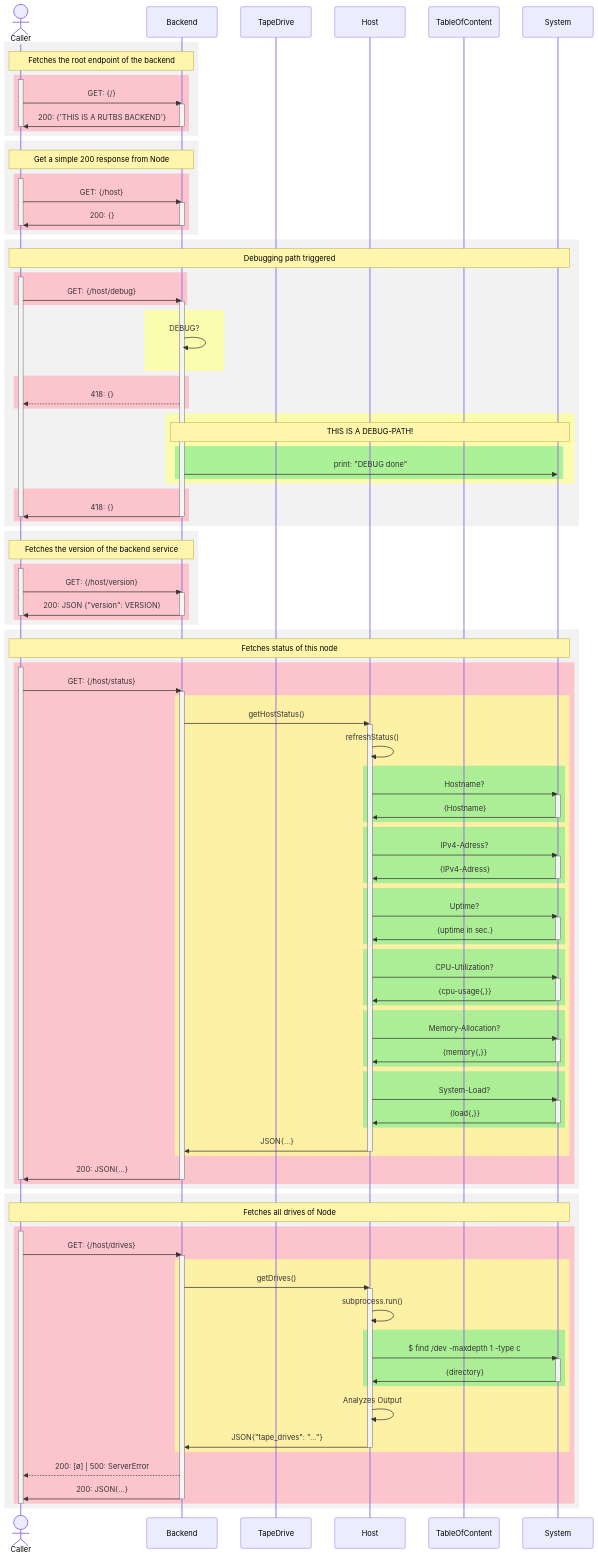
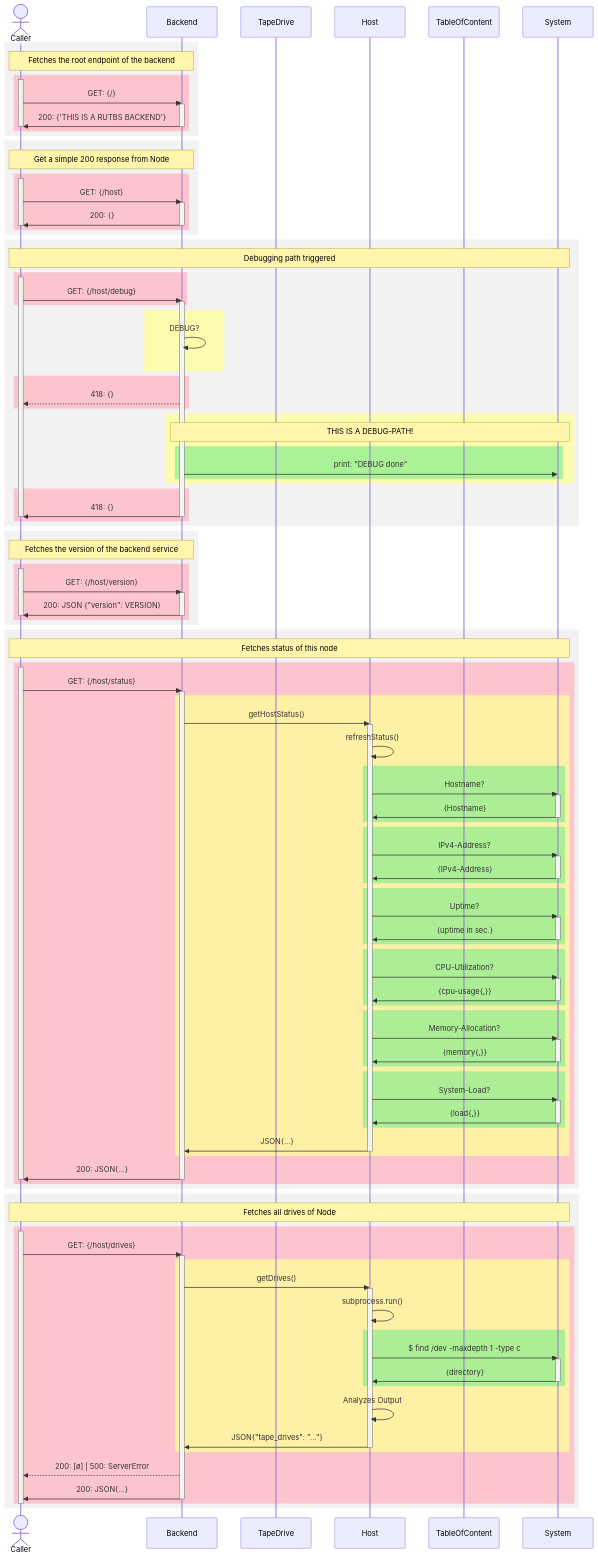
One commit to RPi2User/rutbs4 changed the second of 3 diagrams in docs/sequenceDiagrams.md. Above: the diagram before and after it, drawn with Mermaid.

Commit message:
Fixed Typos

```diff
--- a/docs/sequenceDiagrams.md
+++ b/docs/sequenceDiagrams.md
@@ -107,9 +107,9 @@
             deactivate System
     end
     rect rgba(144, 238, 144, 0.75)
-                Host ->> System: IPv4-Adress?
+                Host ->> System: IPv4-Address?
             activate System
-                System ->> Host: {IPv4-Adress}
+                System ->> Host: {IPv4-Address}
             deactivate System
     end
     rect rgba(144, 238, 144, 0.75)
```
